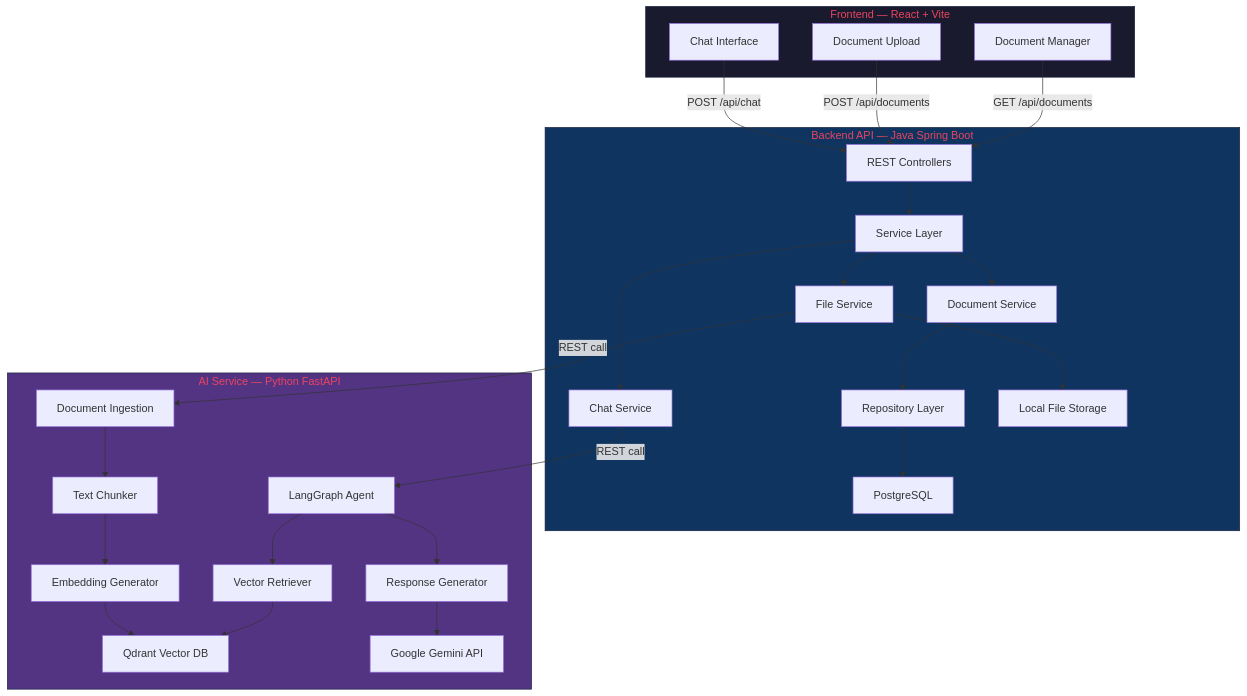
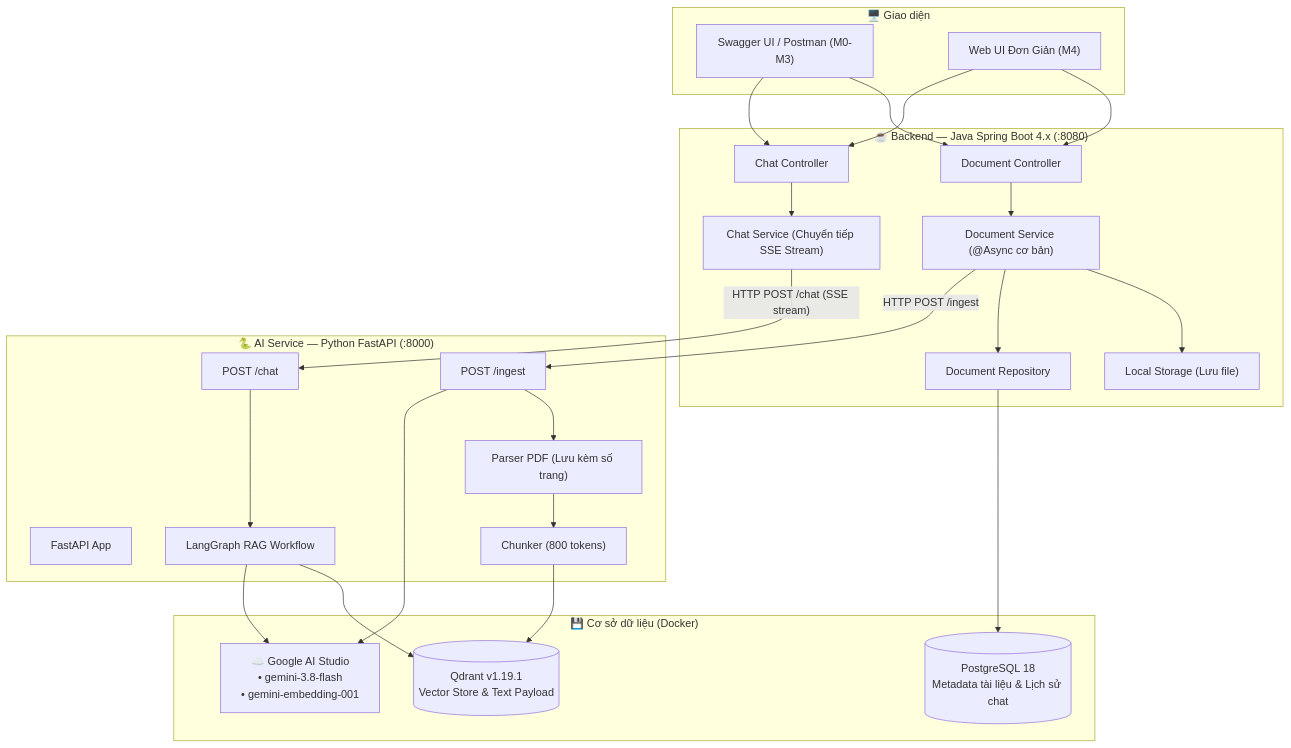
Before and after one commit to chauphat-dev/smart-doc-assistant: the first of 2 diagrams in implementation_plan.md, drawn with Mermaid. The commit also changed other lines of this file, not shown here.

````diff
--- a/implementation_plan.md
+++ b/implementation_plan.md
@@ -84,57 +33,52 @@
 ```mermaid
 graph TB
-    subgraph Client["Frontend — React + Vite"]
-        ChatUI["Chat Interface"]
-        UploadUI["Document Upload"]
-        DocList["Document Manager"]
+    subgraph Client["🖥️ Giao diện"]
+        Postman["Swagger UI / Postman (M0-M3)"]
+        WebUI["Web UI Đơn Giản (M4)"]
     end
 
-    subgraph Gateway["Backend API — Java Spring Boot"]
-        Controller["REST Controllers"]
-        Service["Service Layer"]
-        FileService["File Service"]
-        DocService["Document Service"]
-        ChatService["Chat Service"]
-        Repository["Repository Layer"]
-        DB["PostgreSQL"]
-        FileStore["Local File Storage"]
+    subgraph Backend["☕ Backend — Java Spring Boot 4.x (:8080)"]
+        DocController["Document Controller"]
+        ChatController["Chat Controller"]
+        DocService["Document Service (@Async cơ bản)"]
+        ChatService["Chat Service (Chuyển tiếp SSE Stream)"]
+        DocRepo["Document Repository"]
+        Disk["Local Storage (Lưu file)"]
     end
 
-    subgraph AIService["AI Service — Python FastAPI"]
-        Ingest["Document Ingestion"]
-        Chunker["Text Chunker"]
-        Embedder["Embedding Generator"]
-        Agent["LangGraph Agent"]
-        Retriever["Vector Retriever"]
-        Generator["Response Generator"]
-        Qdrant["Qdrant Vector DB"]
-        Gemini["Google Gemini API"]
+    subgraph AIWorker["🐍 AI Service — Python FastAPI (:8000)"]
+        FastAPI["FastAPI App"]
+        IngestEndpoint["POST /ingest"]
+        ChatEndpoint["POST /chat"]
+        PDFParser["Parser PDF (Lưu kèm số trang)"]
+        TextSplitter["Chunker (800 tokens)"]
+        LangGraphPipe["LangGraph RAG Workflow"]
     end
 
-    ChatUI -->|"POST /api/chat"| Controller
-    UploadUI -->|"POST /api/documents"| Controller
-    DocList -->|"GET /api/documents"| Controller
+    subgraph Databases["💾 Cơ sở dữ liệu (Docker)"]
+        PG[("PostgreSQL 18\nMetadata tài liệu & Lịch sử chat")]
+        QdrantDB[("Qdrant v1.19.1\nVector Store & Text Payload")]
+        Gemini["☁️ Google AI Studio\n• gemini-3.8-flash\n• gemini-embedding-001"]
+    end
 
-    Controller --> Service
-    Service --> FileService
-    Service --> DocService
-    Service --> ChatService
-    FileService --> FileStore
-    DocService --> Repository
-    Repository --> DB
+    Postman --> DocController
+    Postman --> ChatController
+    WebUI --> DocController
+    WebUI --> ChatController
 
-    ChatService -->|"REST call"| Agent
-    FileService -->|"REST call"| Ingest
+    DocController --> DocService
+    ChatController --> ChatService
 
-    Ingest --> Chunker
-    Chunker --> Embedder
-    Embedder --> Qdrant
-    Agent --> Retriever
-    Retriever --> Qdrant
-    Agent --> Generator
-    Generator --> Gemini
+    DocService --> Disk
+    DocService --> DocRepo --> PG
+    DocService -->|"HTTP POST /ingest"| IngestEndpoint
 
-    style Client fill:#1a1a2e,stroke:#16213e,color:#e94560
-    style Gateway fill:#0f3460,stroke:#16213e,color:#e94560
-    style AIService fill:#533483,stroke:#16213e,color:#e94560
+    ChatService -->|"HTTP POST /chat (SSE stream)"| ChatEndpoint
+
+    IngestEndpoint --> PDFParser --> TextSplitter --> QdrantDB
+    IngestEndpoint --> Gemini
+
+    ChatEndpoint --> LangGraphPipe
+    LangGraphPipe --> QdrantDB
+    LangGraphPipe --> Gemini
 ```
````
